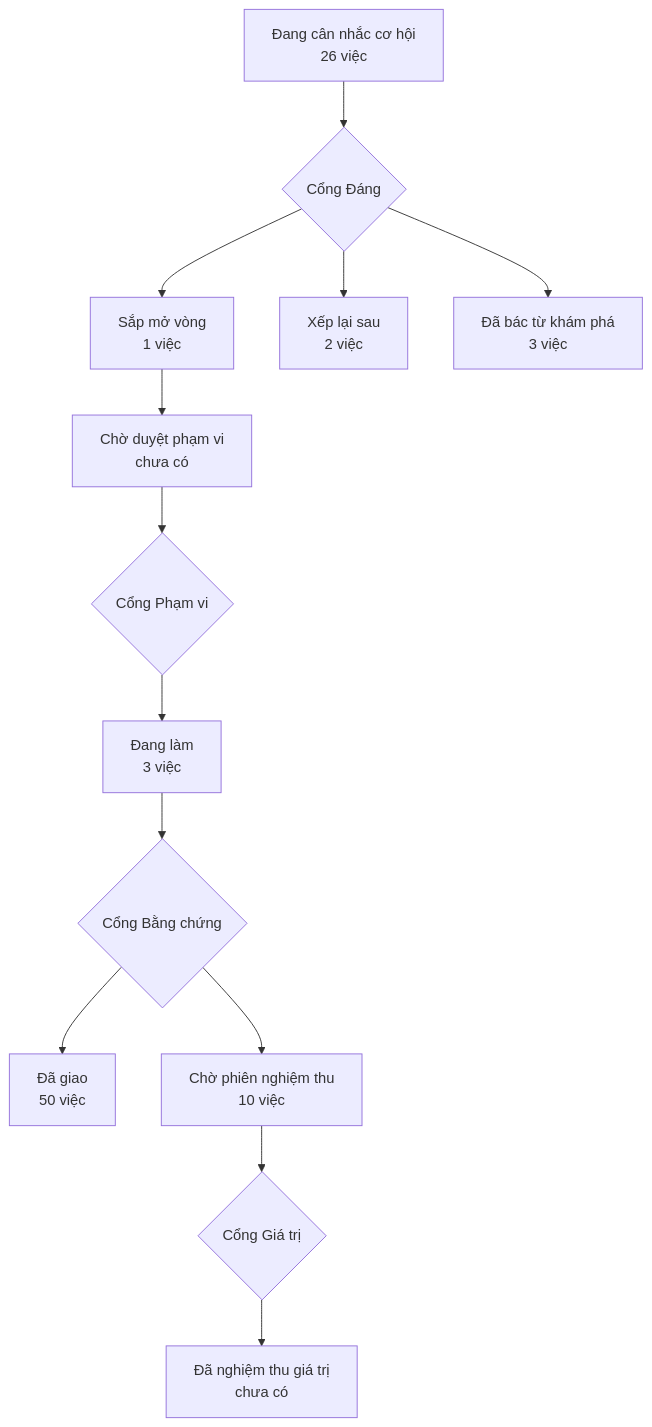
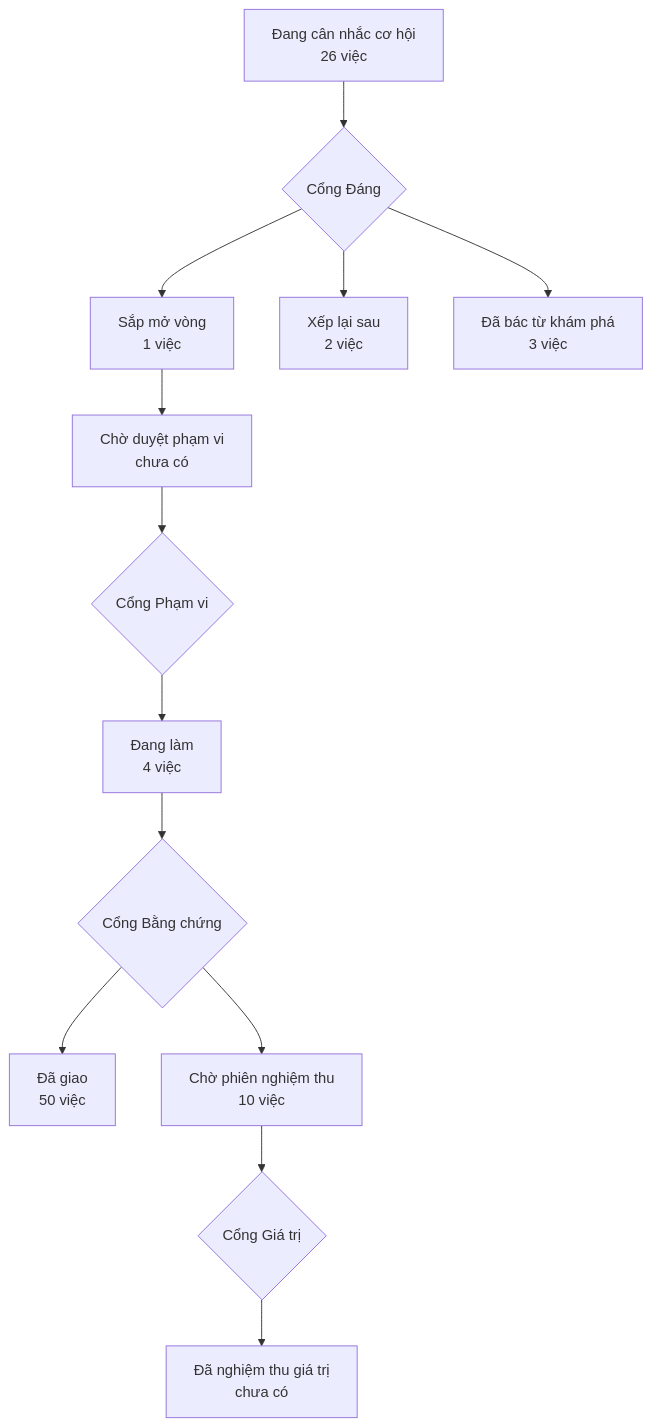
One commit to phanlemanh/acceptance-gate-kit changed the diagram in PRODUCT-MAP.md. Above: the diagram before and after it, drawn with Mermaid. The commit also changed other lines of this file, not shown here.

Commit message:
chore(product-map): vẽ lại sau khi rebase lên main mang PR #170
Bản đồ do máy sinh; rebase làm nó lệch nên vẽ lại từ hồ sơ, kiểm bằng --check.

````diff
--- a/PRODUCT-MAP.md
+++ b/PRODUCT-MAP.md
@@ -6,12 +6,12 @@
 ```mermaid
 flowchart TD
   A["Đang cân nhắc cơ hội<br/>26 việc"] --> GD{"Cổng Đáng"}
   GD --> B["Sắp mở vòng<br/>1 việc"]
   GD --> XL["Xếp lại sau<br/>2 việc"]
   GD --> DB["Đã bác từ khám phá<br/>3 việc"]
   B --> CD["Chờ duyệt phạm vi<br/>chưa có"] --> GP{"Cổng Phạm vi"}
-  GP --> DL["Đang làm<br/>3 việc"] --> GB{"Cổng Bằng chứng"}
+  GP --> DL["Đang làm<br/>4 việc"] --> GB{"Cổng Bằng chứng"}
   GB --> DG["Đã giao<br/>50 việc"]
   GB --> CN["Chờ phiên nghiệm thu<br/>10 việc"] --> GG{"Cổng Giá trị"}
   GG --> NT["Đã nghiệm thu giá trị<br/>chưa có"]
 ```
````
